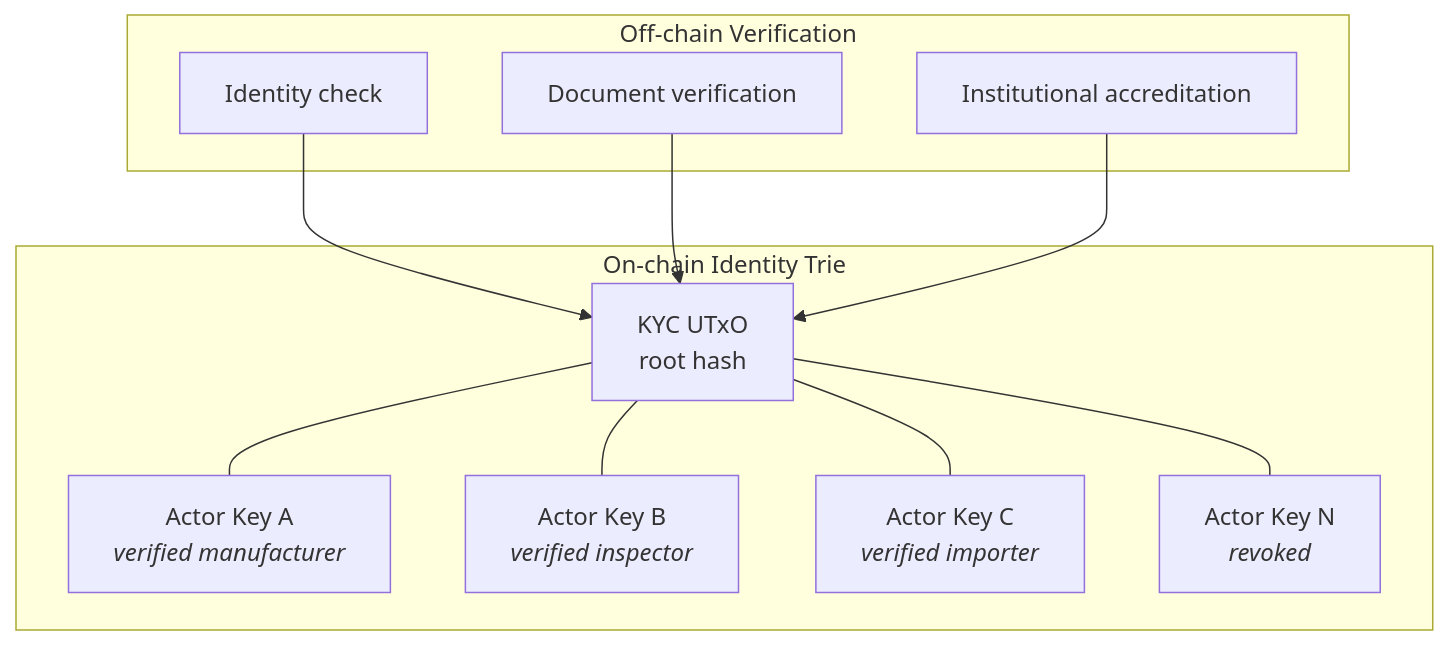
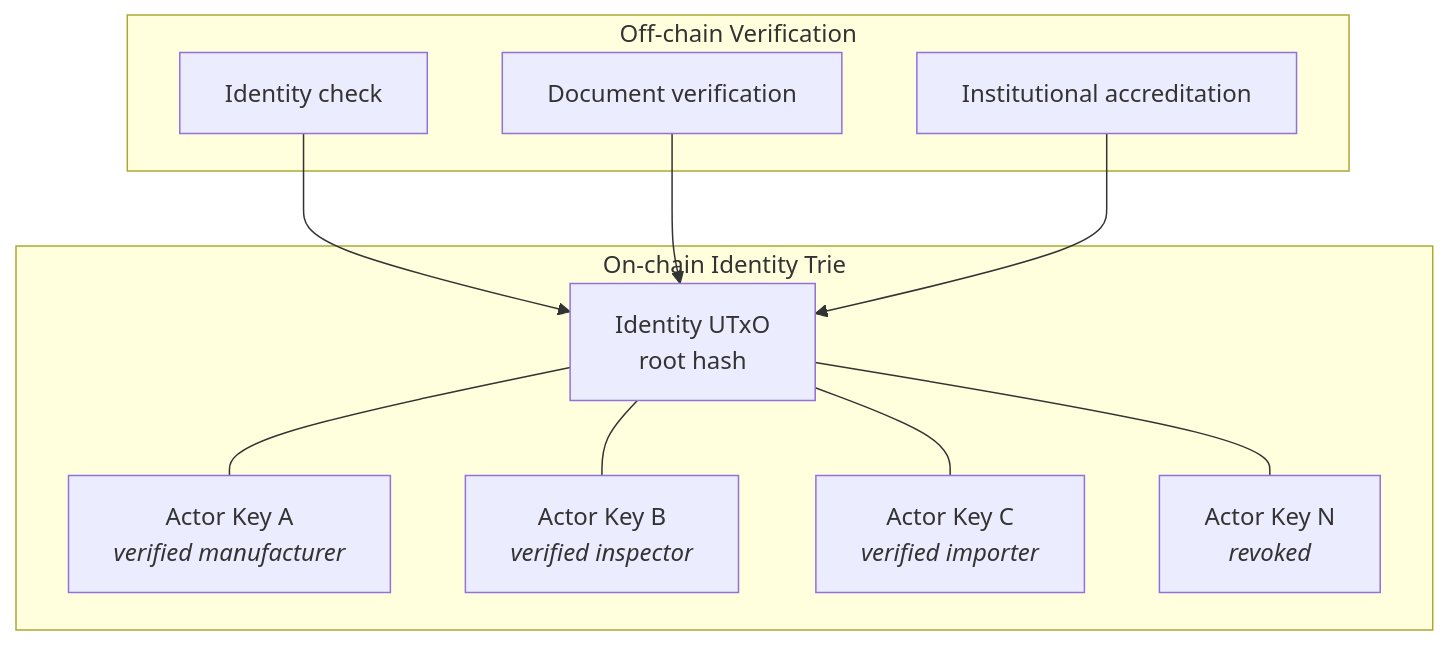
One commit to lambdasistemi/cardano-for-regulators changed the seventh of 19 diagrams in docs/framework/schema.md. Above: the diagram before and after it, drawn with Mermaid. The commit also changed other lines of this file and 1 other file, not shown here.

Commit message:
rename KYC provider to identity provider throughout

````diff
--- a/docs/framework/schema.md
+++ b/docs/framework/schema.md
@@ -279,20 +279,20 @@
 ```mermaid
 graph TD
     subgraph Off-chain Verification
         V1[Identity check]
         V2[Document verification]
         V3[Institutional accreditation]
     end
 
     subgraph On-chain Identity Trie
-        ROOT[KYC UTxO<br/>root hash]
+        ROOT[Identity UTxO<br/>root hash]
         ROOT --- A1[Actor Key A<br/><i>verified manufacturer</i>]
         ROOT --- A2[Actor Key B<br/><i>verified inspector</i>]
         ROOT --- A3[Actor Key C<br/><i>verified importer</i>]
         ROOT --- A4[Actor Key N<br/><i>revoked</i>]
     end
 
     V1 --> ROOT
     V2 --> ROOT
     V3 --> ROOT
 ```
````
